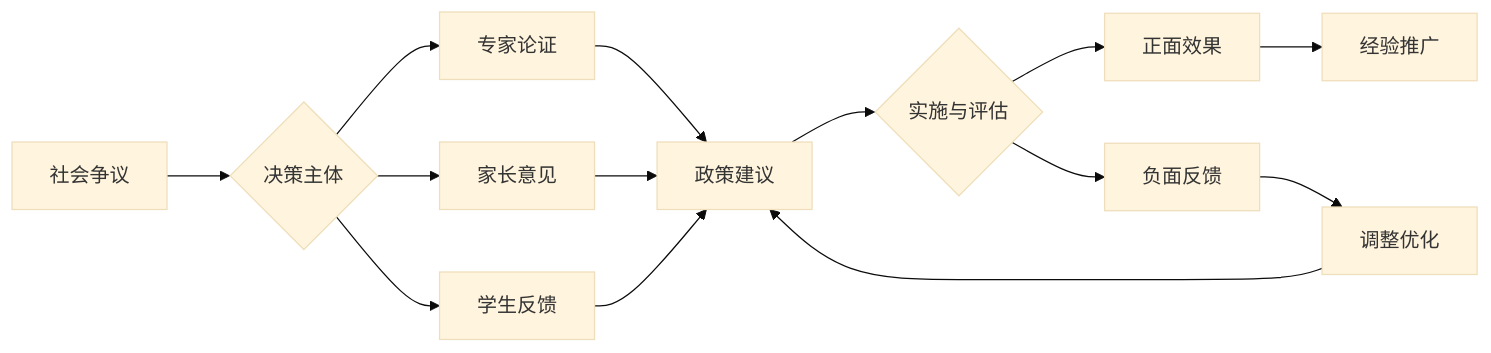
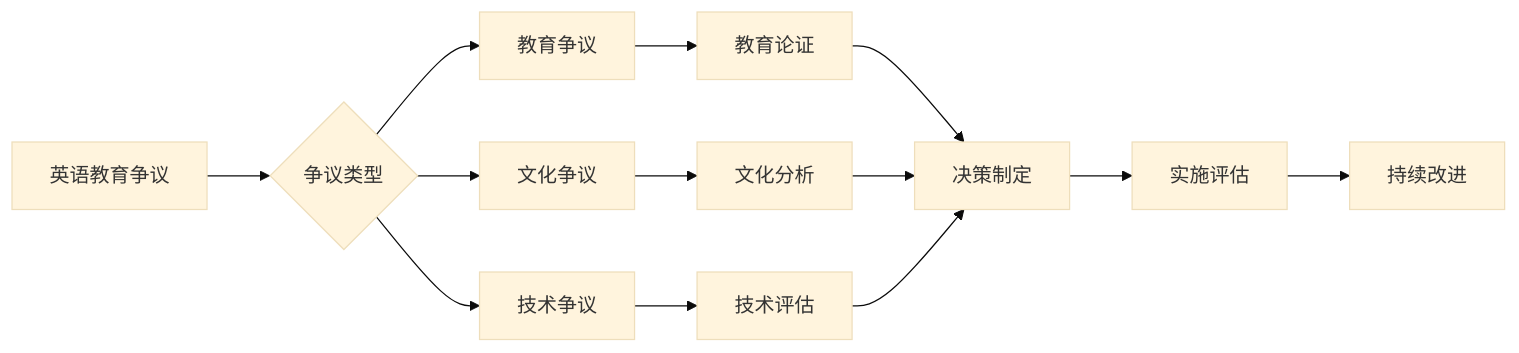
One commit to AdaMartin18010/SeniorEnducation changed diagram 11 of 12 in 02-核心学科理论/09-英语教育理论与实践/01-英语教育理论与实践.md. Above: the diagram before and after it, drawn with Mermaid (base theme). The commit also changed other lines of this file and 10 other files, not shown here.

````diff
--- a/02-核心学科理论/09-英语教育理论与实践/01-英语教育理论与实践.md
+++ b/02-核心学科理论/09-英语教育理论与实践/01-英语教育理论与实践.md
@@ -155,16 +469,18 @@
 ```mermaid
 graph LR
-    A[社会争议] --> B{决策主体}
-    B --> C[专家论证]
-    B --> D[家长意见]
-    B --> E[学生反馈]
-    C --> F[政策建议]
-    D --> F
-    E --> F
-    F --> G{实施与评估}
-    G --> H[正面效果]
-    G --> I[负面反馈]
-    I --> J[调整优化]
-    H --> K[经验推广]
-    J --> F
+    A[英语教育争议] --> B{争议类型}
+    B --> C[教育争议]
+    B --> D[文化争议]
+    B --> E[技术争议]
+    
+    C --> F[教育论证]
+    D --> G[文化分析]
+    E --> H[技术评估]
+    
+    F --> I[决策制定]
+    G --> I
+    H --> I
+    
+    I --> J[实施评估]
+    J --> K[持续改进]
 ```
````
